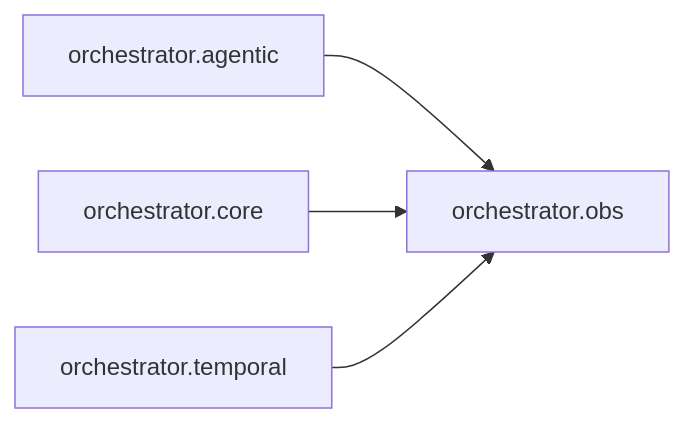
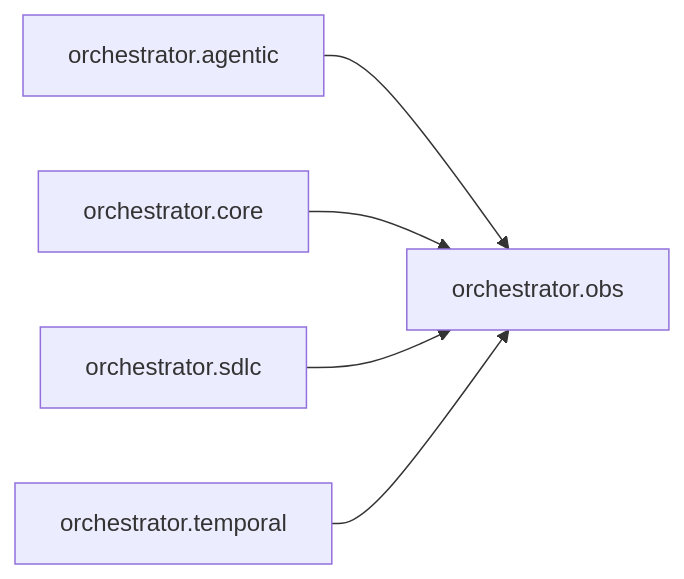
One commit to synaptixs/spine changed the diagram in episteme/areas/orchestrator.obs.md. Above: the diagram before and after it, drawn with Mermaid. The commit also changed other lines of this file and 12 other files, not shown here.

````diff
--- a/episteme/areas/orchestrator.obs.md
+++ b/episteme/areas/orchestrator.obs.md
@@ -8,10 +8,12 @@
 ```mermaid
 flowchart LR
   n0["orchestrator.obs"]
   n1["orchestrator.agentic"]
   n2["orchestrator.core"]
-  n3["orchestrator.temporal"]
+  n3["orchestrator.sdlc"]
+  n4["orchestrator.temporal"]
   n1 --> n0
   n2 --> n0
   n3 --> n0
+  n4 --> n0
 ```
````
